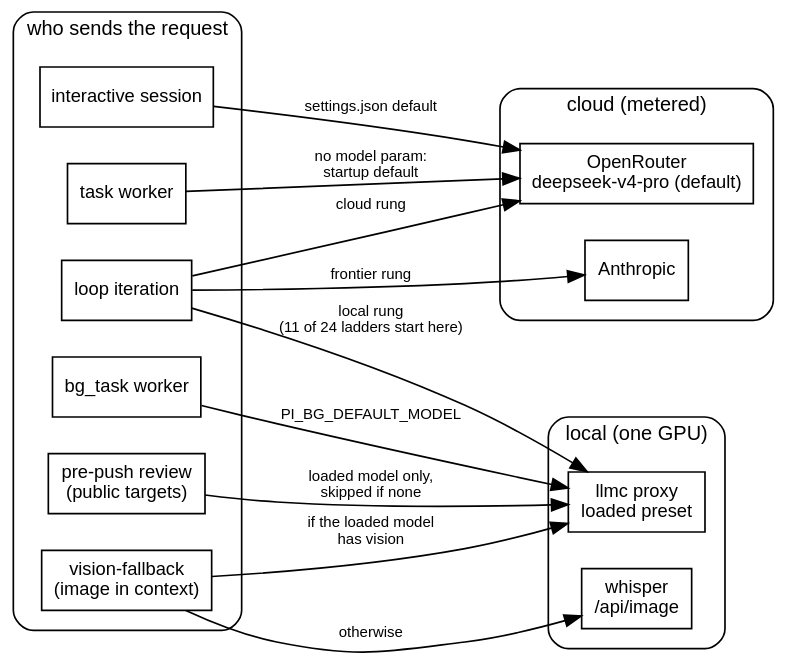
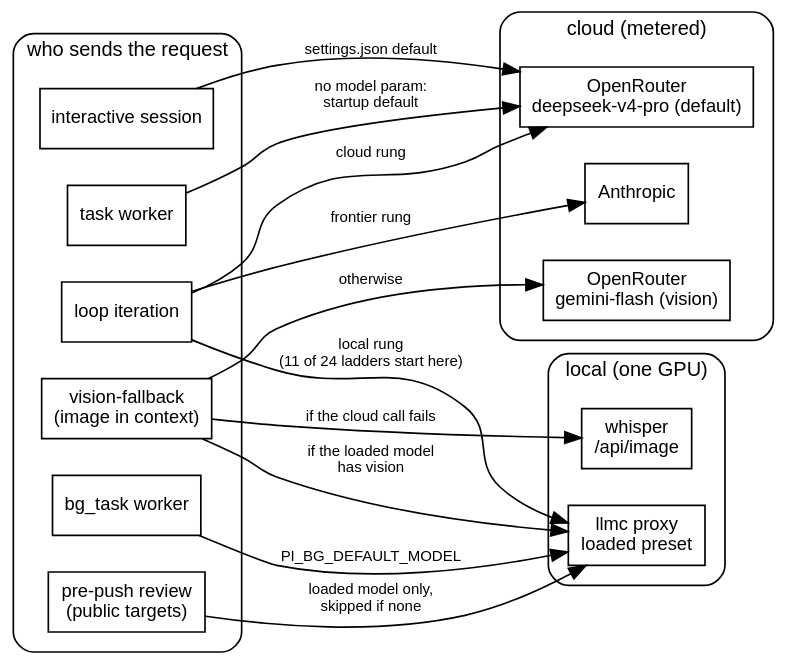
The first of 2 diagrams in src/content/docs/reference/agent-model-routing.mdx (erfianugrah/lexicanum), drawn with Graphviz before and after one commit. The commit also changed other lines of this file, not shown here.

Commit message:
docs: model routing - cloud vision fallback, image_ask, interactive tier ladder

````diff
--- a/src/content/docs/reference/agent-model-routing.mdx
+++ b/src/content/docs/reference/agent-model-routing.mdx
@@ -27,38 +28,40 @@
 ```dot
 digraph {
   rankdir=LR; bgcolor="transparent"; nodesep=0.3; ranksep=0.9;
   fontname="Helvetica,Arial,sans-serif";
   node [fontname="Helvetica,Arial,sans-serif", fontsize=11, shape=box];
   edge [fontname="Helvetica,Arial,sans-serif", fontsize=9];
 
   subgraph cluster_callers {
     label="who sends the request"; style=rounded; fontsize=12; margin=12;
     session [label="interactive session"];
     task [label="task worker"];
     loop [label="loop iteration"];
     bg [label="bg_task worker"];
     gate [label="pre-push review\n(public targets)"];
     vision [label="vision-fallback\n(image in context)"];
   }
   subgraph cluster_cloud {
     label="cloud (metered)"; style=rounded; fontsize=12; margin=12;
     openrouter [label="OpenRouter\ndeepseek-v4-pro (default)"];
+    visioncloud [label="OpenRouter\ngemini-flash (vision)"];
     anthropic [label="Anthropic"];
   }
   subgraph cluster_local {
     label="local (one GPU)"; style=rounded; fontsize=12; margin=12;
     llmc [label="llmc proxy\nloaded preset"];
     whisper [label="whisper\n/api/image"];
   }
 
   session -> openrouter [label="settings.json default"];
   task -> openrouter [label="no model param:\nstartup default"];
   loop -> openrouter [label="cloud rung"];
   loop -> anthropic [label="frontier rung"];
   loop -> llmc [label="local rung\n(11 of 24 ladders start here)"];
   bg -> llmc [label="PI_BG_DEFAULT_MODEL"];
   gate -> llmc [label="loaded model only,\nskipped if none"];
   vision -> llmc [label="if the loaded model\nhas vision"];
-  vision -> whisper [label="otherwise"];
+  vision -> visioncloud [label="otherwise"];
+  vision -> whisper [label="if the cloud call fails"];
 }
 ```
````
